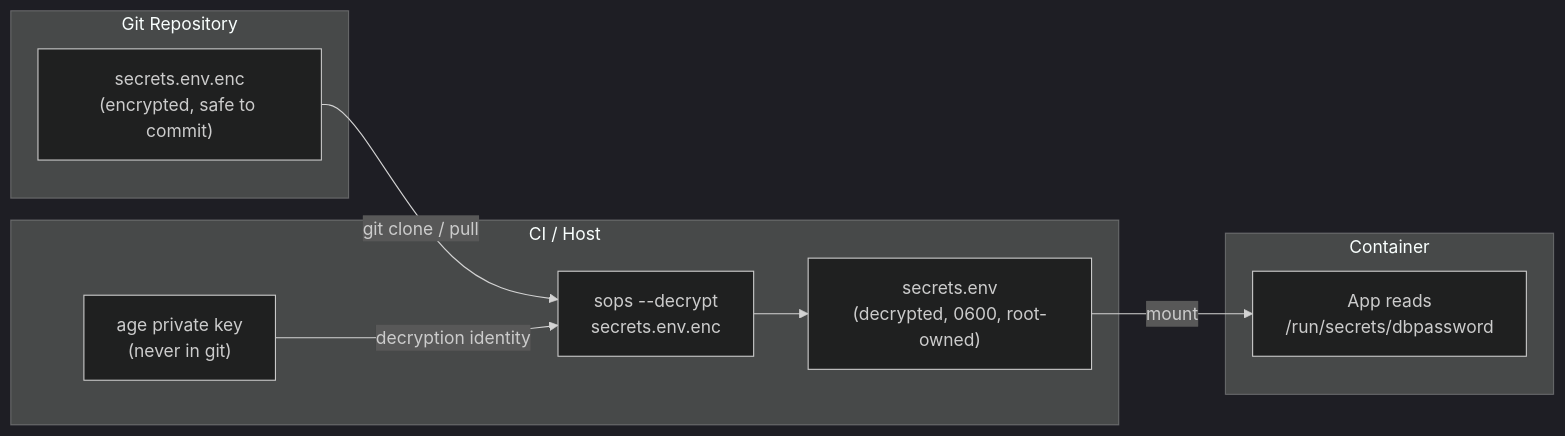
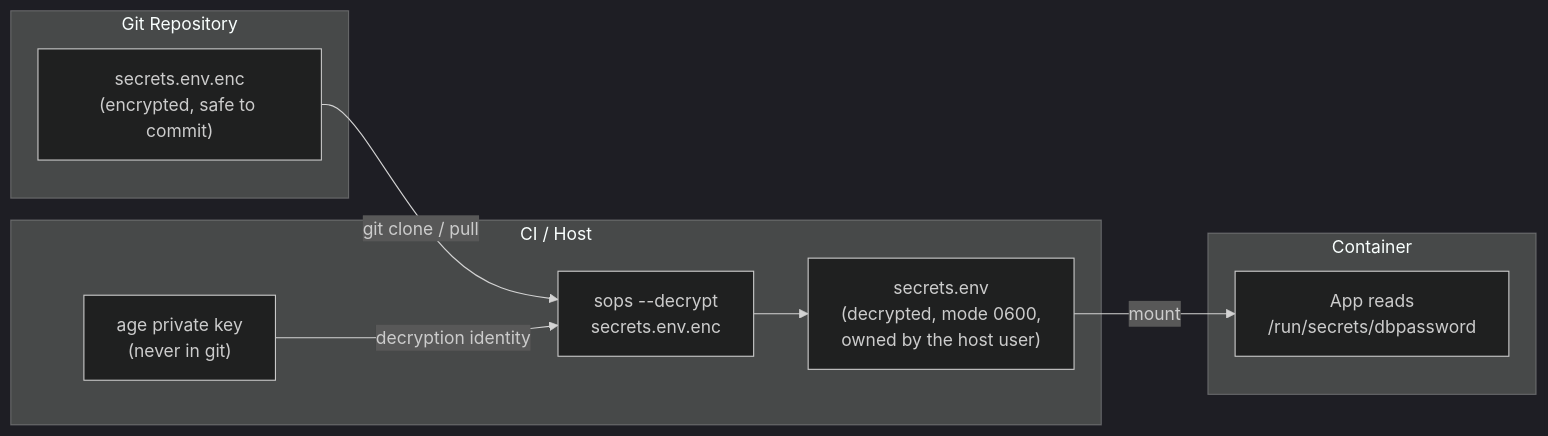
One commit to UncleJS/course_podman changed the third of 5 diagrams in modules/90-external-secrets-survey.md. Above: the diagram before and after it, drawn with Mermaid (dark theme). The commit also changed other lines of this file and 58 other files, not shown here.

````diff
--- a/modules/90-external-secrets-survey.md
+++ b/modules/90-external-secrets-survey.md
@@ -160,18 +160,18 @@
 ```mermaid
 flowchart LR
     subgraph "Git Repository"
         EF["secrets.env.enc<br/>(encrypted, safe to commit)"]
     end
     subgraph "CI / Host"
         KEY["age private key<br/>(never in git)"]
         SOPS["sops --decrypt<br/>secrets.env.enc"]
-        FILE["secrets.env<br/>(decrypted, 0600, root-owned)"]
+        FILE["secrets.env<br/>(decrypted, mode 0600,<br/>owned by the host user)"]
     end
     subgraph "Container"
         C["App reads<br/>/run/secrets/dbpassword"]
     end
     EF -->|"git clone / pull"| SOPS
     KEY -->|"decryption identity"| SOPS
     SOPS --> FILE
     FILE -->|"mount"| C
 ```
````
